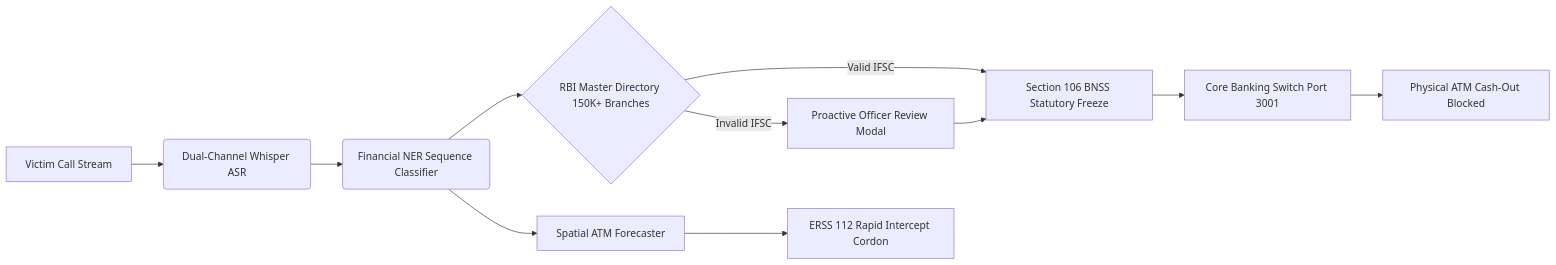
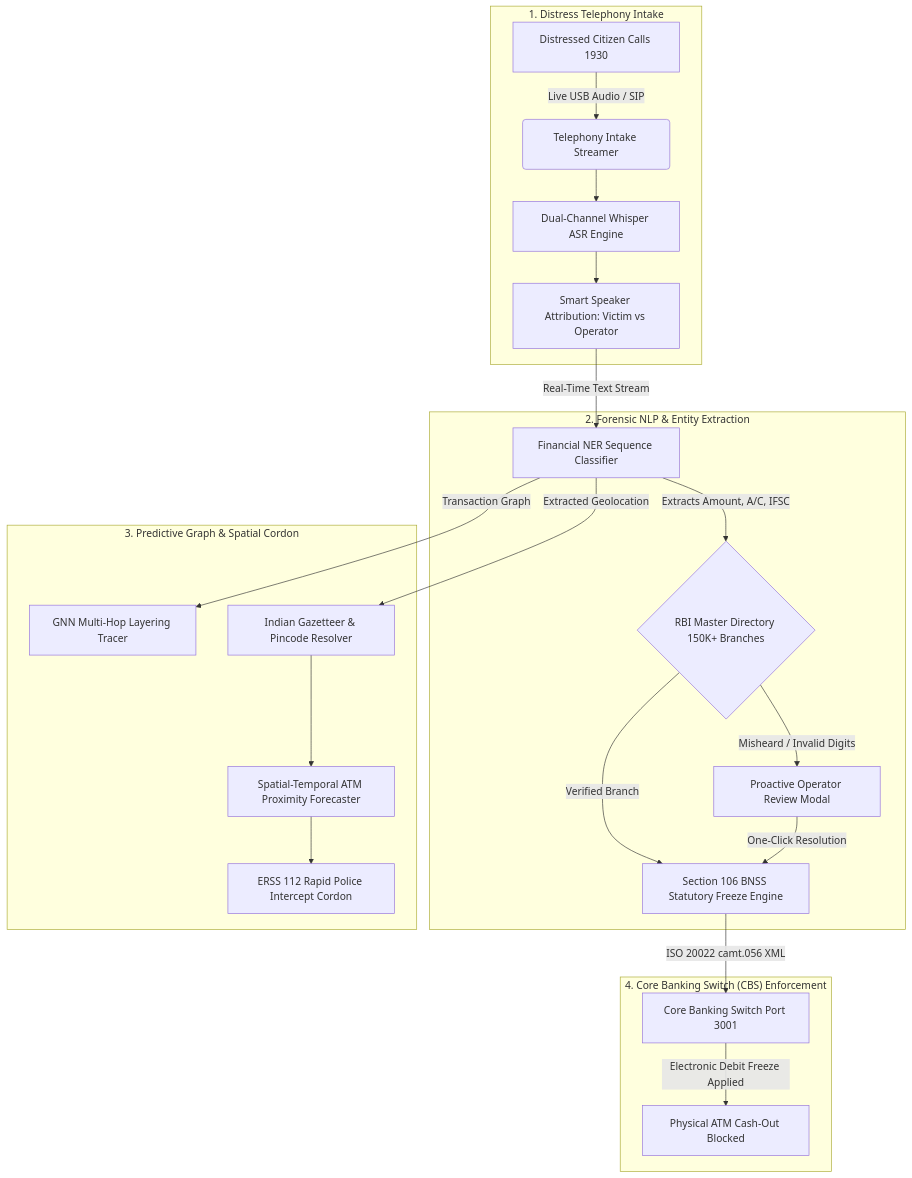
One commit to Anbu-2006/RakshaNet_public_repo changed the diagram in README.md. Above: the diagram before and after it, drawn with Mermaid. The commit also changed other lines of this file and 2 other files, not shown here.

````diff
--- a/README.md
+++ b/README.md
@@ -58,13 +80,28 @@
 ```mermaid
-graph LR
-    A[Victim Call Stream] --> B(Dual-Channel Whisper ASR)
-    B --> C(Financial NER Sequence Classifier)
-    C --> D{RBI Master Directory 150K+ Branches}
-    D -->|Valid IFSC| E[Section 106 BNSS Statutory Freeze]
-    D -->|Invalid IFSC| F[Proactive Officer Review Modal]
-    F --> E
-    E --> G[Core Banking Switch Port 3001]
-    G --> H[Physical ATM Cash-Out Blocked]
-    C --> I[Spatial ATM Forecaster]
-    I --> J[ERSS 112 Rapid Intercept Cordon]
+flowchart TD
+    subgraph S1["1. Distress Telephony Intake"]
+        A[Distressed Citizen Calls 1930] -->|Live USB Audio / SIP| B(Telephony Intake Streamer)
+        B --> C[Dual-Channel Whisper ASR Engine]
+        C --> D[Smart Speaker Attribution: Victim vs Operator]
+    end
+
+    subgraph S2["2. Forensic NLP & Entity Extraction"]
+        D -->|Real-Time Text Stream| E[Financial NER Sequence Classifier]
+        E -->|Extracts Amount, A/C, IFSC| F{RBI Master Directory 150K+ Branches}
+        F -->|Verified Branch| G[Section 106 BNSS Statutory Freeze Engine]
+        F -->|Misheard / Invalid Digits| H[Proactive Operator Review Modal]
+        H -->|One-Click Resolution| G
+    end
+
+    subgraph S3["3. Predictive Graph & Spatial Cordon"]
+        E -->|Transaction Graph| I[GNN Multi-Hop Layering Tracer]
+        E -->|Extracted Geolocation| J[Indian Gazetteer & Pincode Resolver]
+        J --> K[Spatial-Temporal ATM Proximity Forecaster]
+        K --> L[ERSS 112 Rapid Police Intercept Cordon]
+    end
+
+    subgraph S4["4. Core Banking Switch (CBS) Enforcement"]
+        G -->|ISO 20022 camt.056 XML| M[Core Banking Switch Port 3001]
+        M -->|Electronic Debit Freeze Applied| N[Physical ATM Cash-Out Blocked]
+    end
 ```
````
